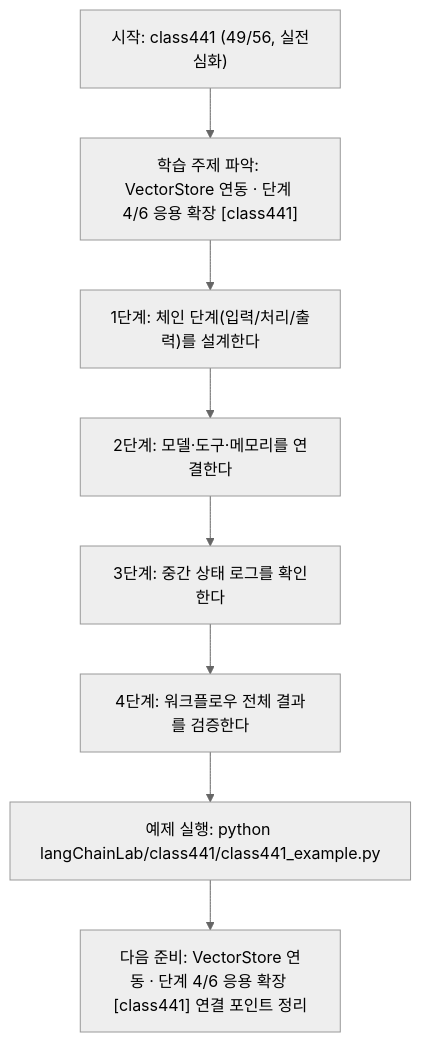
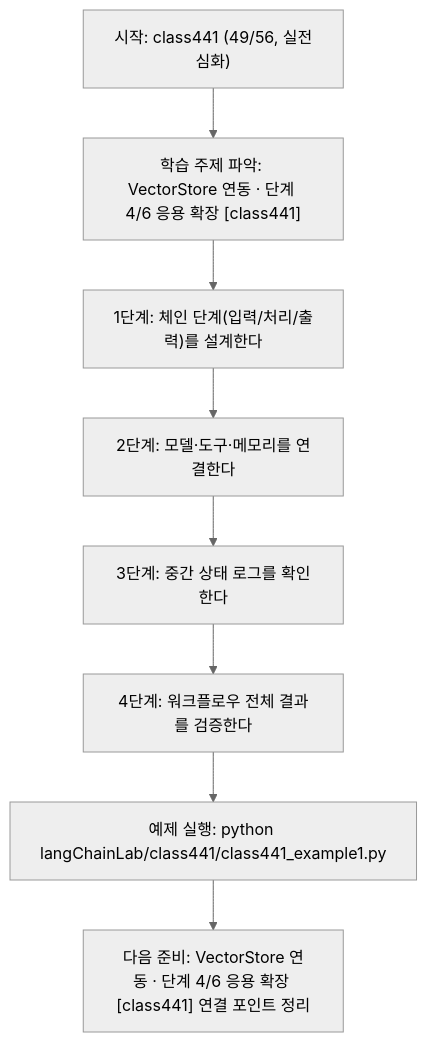
Before and after one commit to edumgt/Python-AI_Agent-Class: the diagram in langChainLab/class441/class441.md, drawn with Mermaid (neutral theme). The commit also changed other lines of this file and 2959 other files, not shown here.

````diff
--- a/langChainLab/class441/class441.md
+++ b/langChainLab/class441/class441.md
@@ -109,18 +109,18 @@
 ```mermaid
 flowchart TD
 N1["시작: class441 (49/56, 실전심화)"]
 N2["학습 주제 파악: VectorStore 연동 · 단계 4/6 응용 확장 [class441]"]
 N3["1단계: 체인 단계(입력/처리/출력)를 설계한다"]
 N4["2단계: 모델·도구·메모리를 연결한다"]
 N5["3단계: 중간 상태 로그를 확인한다"]
 N6["4단계: 워크플로우 전체 결과를 검증한다"]
-N7["예제 실행: python langChainLab/class441/class441_example.py"]
+N7["예제 실행: python langChainLab/class441/class441_example1.py"]
 N8["다음 준비: VectorStore 연동 · 단계 4/6 응용 확장 [class441] 연결 포인트 정리"]
 N1 --> N2
 N2 --> N3
 N3 --> N4
 N4 --> N5
 N5 --> N6
 N6 --> N7
 N7 --> N8
 ```
````
